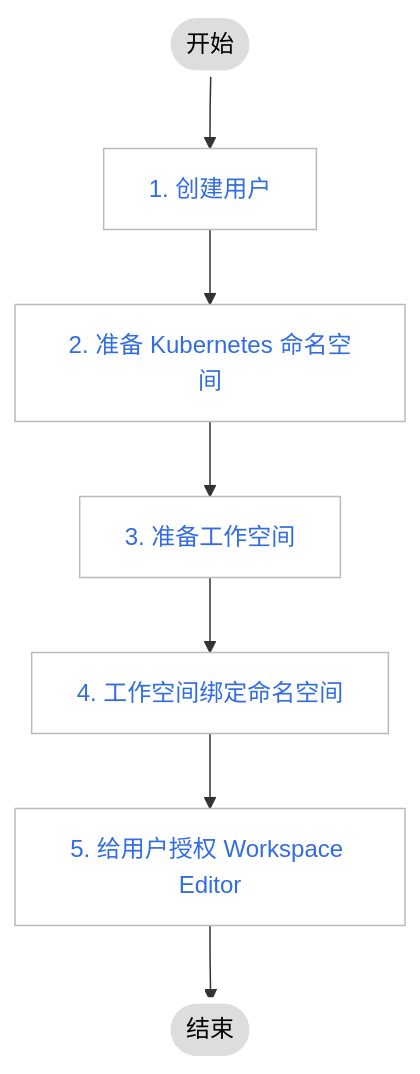
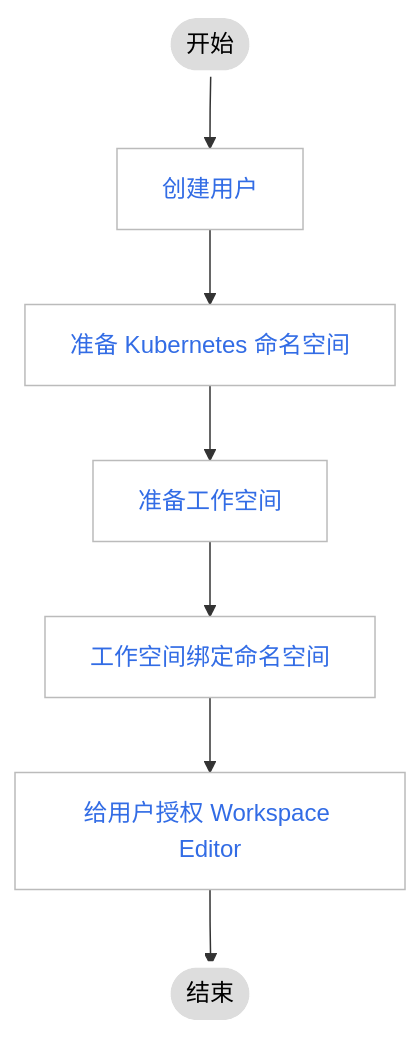
The diagram in docs/zh/docs/ghippo/best-practice/authz-plan.md (DaoCloud/DaoCloud-docs), drawn with Mermaid before and after one commit. The commit also changed 1 other file, not shown here.

Commit message:
Fix mermaid list in authz-plan.md (#6456)

````diff
--- a/docs/zh/docs/ghippo/best-practice/authz-plan.md
+++ b/docs/zh/docs/ghippo/best-practice/authz-plan.md
@@ -7,22 +7,22 @@
 ```mermaid
 graph TB
 
-    start([开始]) --> user[1. 创建用户]
-    user --> ns[2. 准备 Kubernetes 命名空间]
-    ns --> ws[3. 准备工作空间]
-    ws --> ws-to-ns[4. 工作空间绑定命名空间]
-    ws-to-ns --> authu[5. 给用户授权 Workspace Editor]
+    start([开始]) --> user[创建用户]
+    user --> ns[准备 Kubernetes 命名空间]
+    ns --> ws[准备工作空间]
+    ws --> ws-to-ns[工作空间绑定命名空间]
+    ws-to-ns --> authu[给用户授权 Workspace Editor]
     authu --> complete([结束])
     
 click user "https://docs.daocloud.io/ghippo/user-guide/access-control/user/"
 click ns "https://docs.daocloud.io/kpanda/user-guide/namespaces/createns/"
 click ws "https://docs.daocloud.io/ghippo/user-guide/workspace/workspace/"
 click ws-to-ns "https://docs.daocloud.io/ghippo/user-guide/workspace/ws-to-ns/"
 click authu "https://docs.daocloud.io/ghippo/user-guide/workspace/ws-permission/"
 
  classDef plain fill:#ddd,stroke:#fff,stroke-width:4px,color:#000;
  classDef k8s fill:#326ce5,stroke:#fff,stroke-width:4px,color:#fff;
  classDef cluster fill:#fff,stroke:#bbb,stroke-width:1px,color:#326ce5;
  class user,ns,ws,ws-to-ns,authu cluster;
  class start,complete plain;
 ```
````
